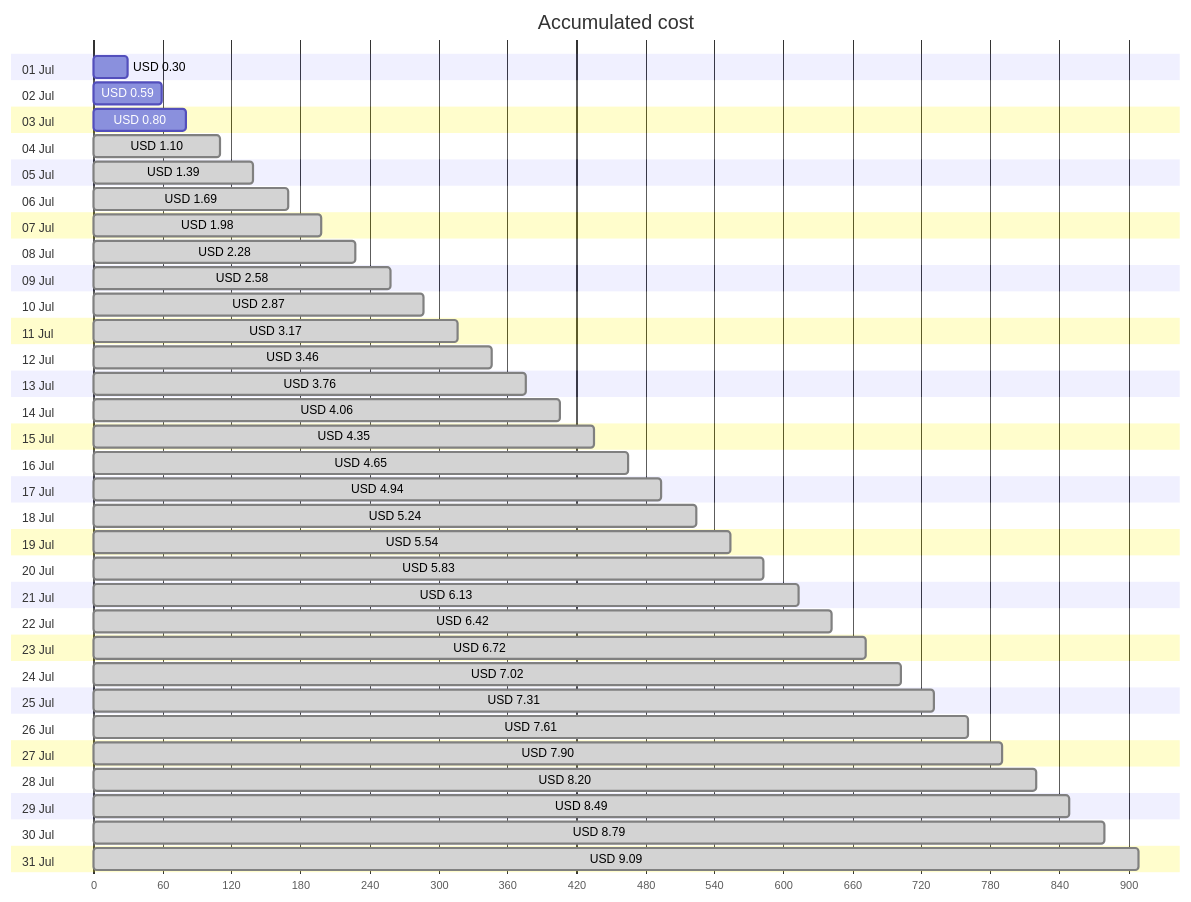
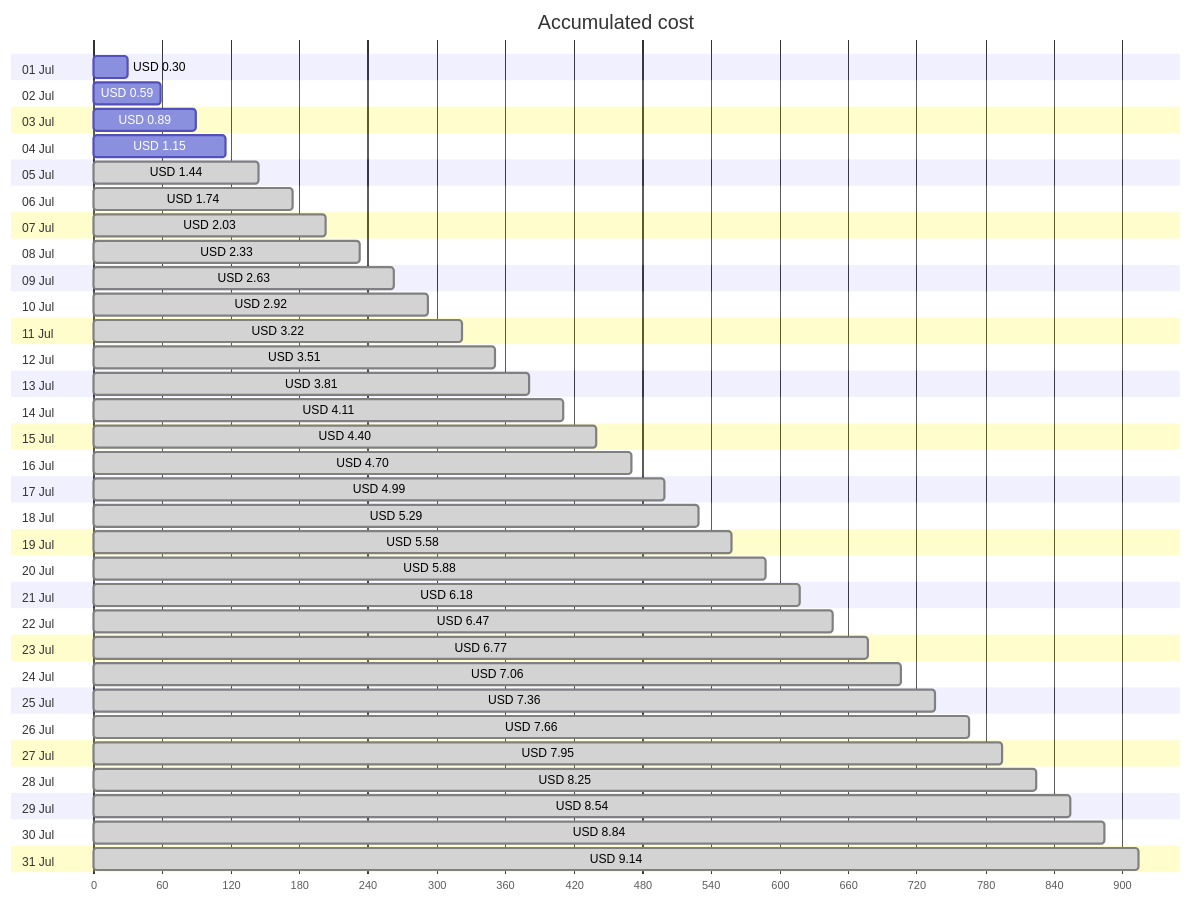
Before and after one commit to jpfulton/azure-personal-reports: the first of 4 diagrams in cost-reports/personal-site/personal-site.md, drawn with Mermaid. The commit also changed other lines of this file and 6 other files, not shown here.

````diff
--- a/cost-reports/personal-site/personal-site.md
+++ b/cost-reports/personal-site/personal-site.md
@@ -20,68 +20,68 @@
 ```mermaid
 gantt
    title Accumulated cost
    dateFormat  X
    axisFormat %s
    section 01 Jul
    USD 0.30 :0, 30
    section 02 Jul
    USD 0.59 :0, 59
    section 03 Jul
-   USD 0.80 :0, 80
+   USD 0.89 :0, 89
    section 04 Jul
-   USD 1.10 : done, 0, 110
+   USD 1.15 :0, 115
    section 05 Jul
-   USD 1.39 : done, 0, 139
+   USD 1.44 : done, 0, 144
    section 06 Jul
-   USD 1.69 : done, 0, 169
+   USD 1.74 : done, 0, 174
    section 07 Jul
-   USD 1.98 : done, 0, 198
+   USD 2.03 : done, 0, 203
    section 08 Jul
-   USD 2.28 : done, 0, 228
+   USD 2.33 : done, 0, 233
    section 09 Jul
-   USD 2.58 : done, 0, 258
+   USD 2.63 : done, 0, 263
    section 10 Jul
-   USD 2.87 : done, 0, 287
+   USD 2.92 : done, 0, 292
    section 11 Jul
-   USD 3.17 : done, 0, 317
+   USD 3.22 : done, 0, 322
    section 12 Jul
-   USD 3.46 : done, 0, 346
+   USD 3.51 : done, 0, 351
    section 13 Jul
-   USD 3.76 : done, 0, 376
+   USD 3.81 : done, 0, 381
    section 14 Jul
-   USD 4.06 : done, 0, 406
+   USD 4.11 : done, 0, 411
    section 15 Jul
-   USD 4.35 : done, 0, 435
+   USD 4.40 : done, 0, 440
    section 16 Jul
-   USD 4.65 : done, 0, 465
+   USD 4.70 : done, 0, 470
    section 17 Jul
-   USD 4.94 : done, 0, 494
+   USD 4.99 : done, 0, 499
    section 18 Jul
-   USD 5.24 : done, 0, 524
+   USD 5.29 : done, 0, 529
    section 19 Jul
-   USD 5.54 : done, 0, 554
+   USD 5.58 : done, 0, 558
    section 20 Jul
-   USD 5.83 : done, 0, 583
+   USD 5.88 : done, 0, 588
    section 21 Jul
-   USD 6.13 : done, 0, 613
+   USD 6.18 : done, 0, 618
    section 22 Jul
-   USD 6.42 : done, 0, 642
+   USD 6.47 : done, 0, 647
    section 23 Jul
-   USD 6.72 : done, 0, 672
+   USD 6.77 : done, 0, 677
    section 24 Jul
-   USD 7.02 : done, 0, 702
+   USD 7.06 : done, 0, 706
    section 25 Jul
-   USD 7.31 : done, 0, 731
+   USD 7.36 : done, 0, 736
    section 26 Jul
-   USD 7.61 : done, 0, 761
+   USD 7.66 : done, 0, 766
    section 27 Jul
-   USD 7.90 : done, 0, 790
+   USD 7.95 : done, 0, 795
    section 28 Jul
-   USD 8.20 : done, 0, 820
+   USD 8.25 : done, 0, 825
    section 29 Jul
-   USD 8.49 : done, 0, 849
+   USD 8.54 : done, 0, 854
    section 30 Jul
-   USD 8.79 : done, 0, 879
+   USD 8.84 : done, 0, 884
    section 31 Jul
-   USD 9.09 : done, 0, 909
+   USD 9.14 : done, 0, 914
 ```
````
